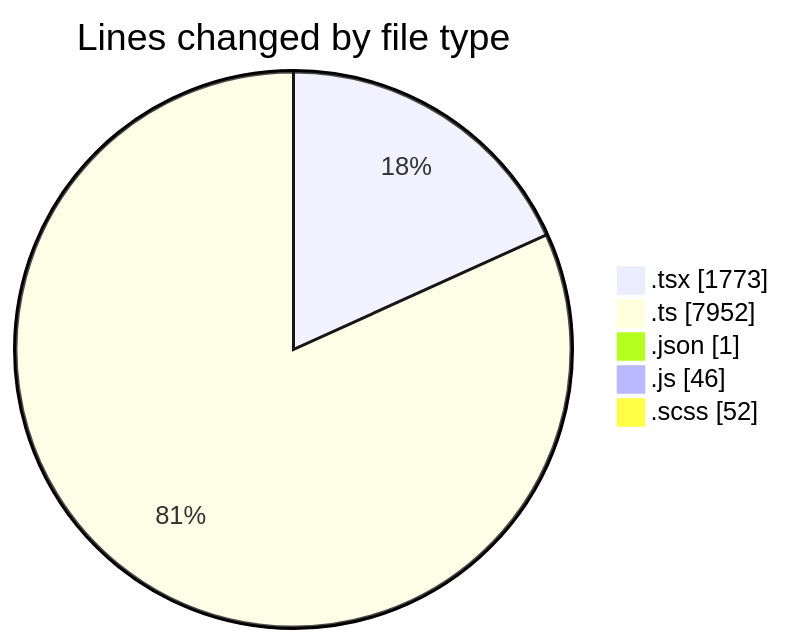
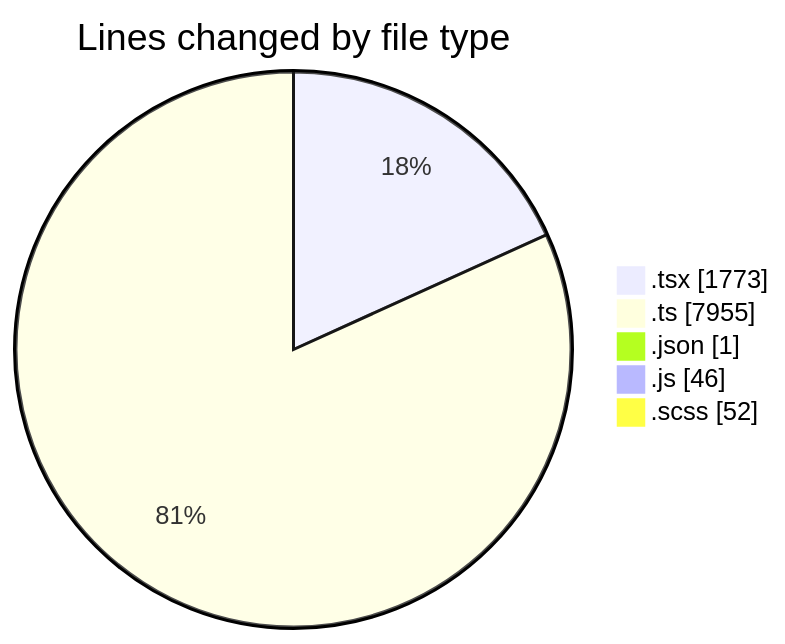
The first of 2 diagrams in 2026-09-17/cda/README.md (momahboobian/code-tracking), drawn with Mermaid before and after one commit. The commit also changed other lines of this file and 1 other file, not shown here.

````diff
--- a/2026-09-17/cda/README.md
+++ b/2026-09-17/cda/README.md
@@ -43,9 +43,9 @@
 ```mermaid
 pie showData
 title Lines changed by file type
 ".tsx" : 1773
-".ts" : 7952
+".ts" : 7955
 ".json" : 1
 ".js" : 46
 ".scss" : 52
 ```
````
